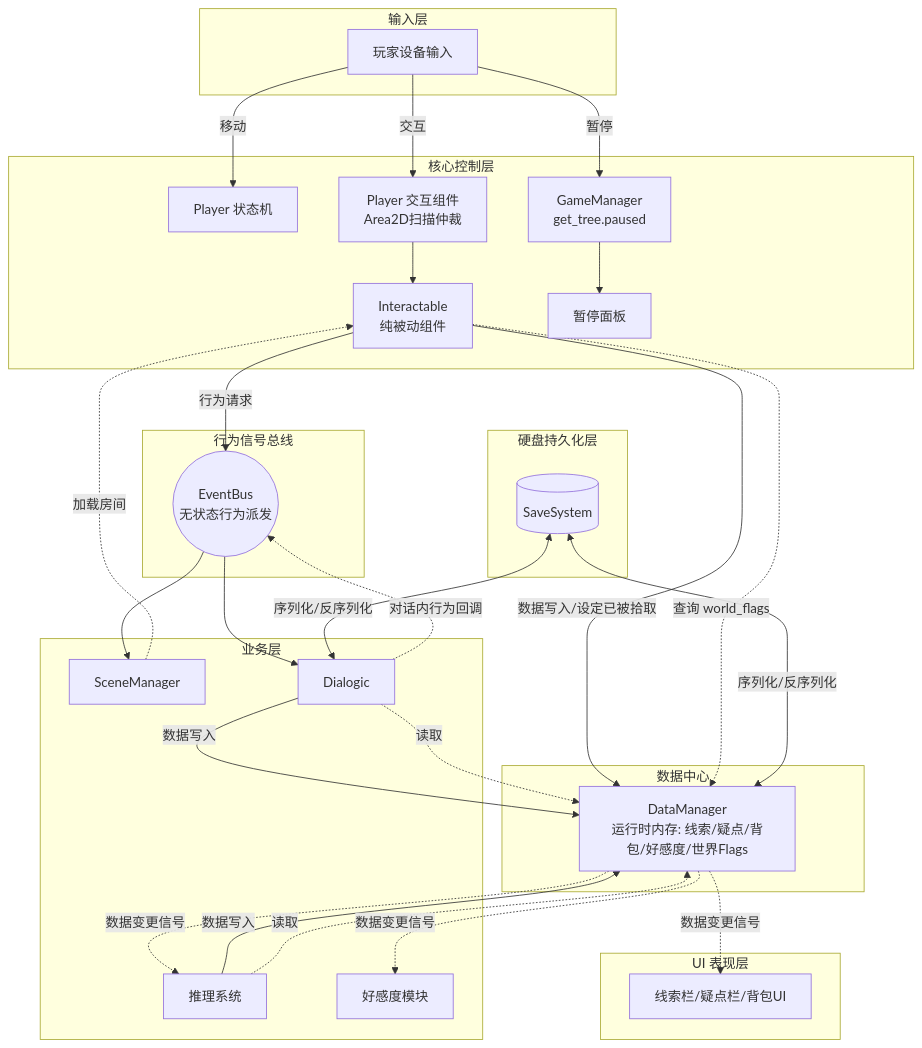
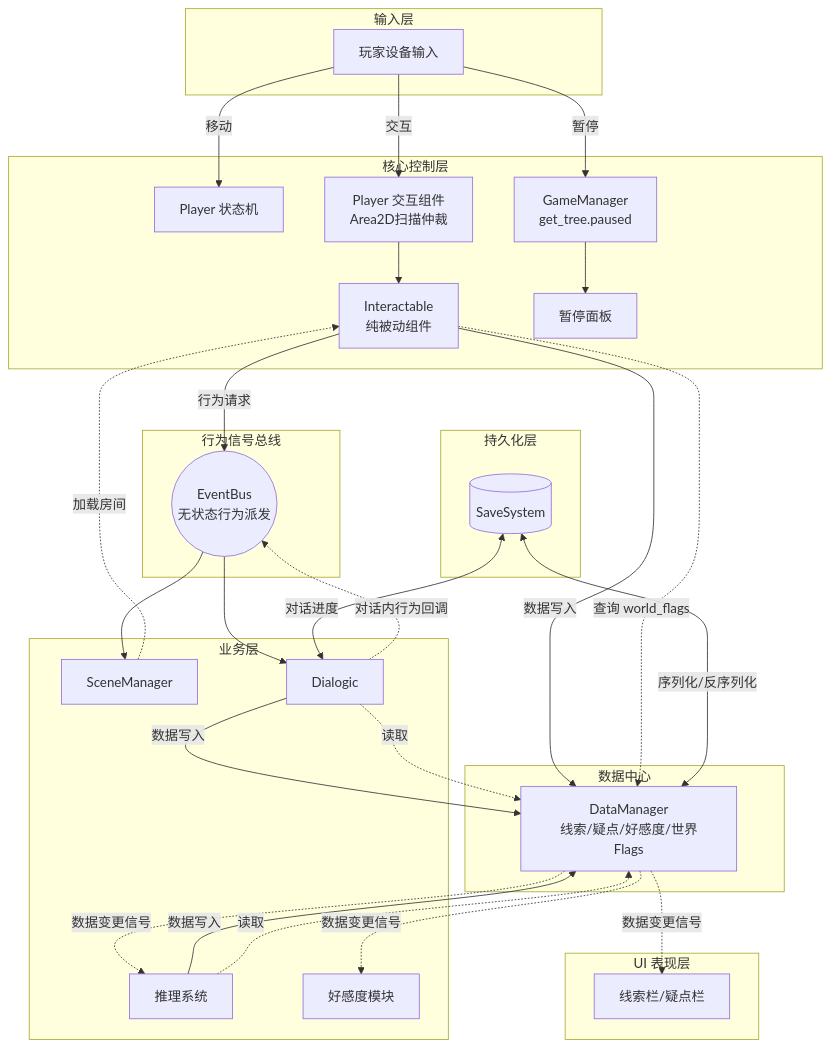
The diagram in 开发文档.md (ritmo4330/Abismo), drawn with Mermaid before and after one commit. The commit also changed other lines of this file, not shown here.

````diff
--- a/开发文档.md
+++ b/开发文档.md
@@ -47,65 +116,65 @@
 ```mermaid
 flowchart TD
     subgraph Input [输入层]
         A[玩家设备输入]
     end
 
     subgraph Core [核心控制层]
         A -->|移动| SM[Player 状态机]
         A -->|暂停| GM[GameManager<br>get_tree.paused]
         A -->|交互| P_INT[Player 交互组件<br>Area2D扫描仲裁]
         P_INT --> INT[Interactable<br>纯被动组件]
         GM --> PauseUI[暂停面板]
     end
 
     subgraph Data [数据中心]
-        DM[DataManager<br>运行时内存: 线索/疑点/背包/好感度/世界Flags]
+        DM[DataManager<br>线索/疑点/好感度/世界Flags]
     end
 
     subgraph Logic [业务层]
         G[SceneManager]
         H[Dialogic]
         F[推理系统]
         K[好感度模块]
     end
 
     subgraph Signal [行为信号总线]
         C((EventBus<br>无状态行为派发))
     end
 
     subgraph UI [UI 表现层]
-        UIS[线索栏/疑点栏/背包UI]
+        UIS[线索栏/疑点栏]
     end
 
-    subgraph Persist [硬盘持久化层]
+    subgraph Persist [持久化层]
         I[(SaveSystem)]
     end
 
     %% 行为请求（走 EventBus）
     INT -->|行为请求| C
     C --> G
     C --> H
     H -.->|对话内行为回调| C
 
     %% 数据写入（直接调用单例）
-    INT -->|数据写入/设定已被拾取| DM
+    INT -->|数据写入| DM
     H -->|数据写入| DM
     F -->|数据写入| DM
 
     %% 数据变更通知（DataManager 自身信号）
     DM -.->|数据变更信号| UIS
     DM -.->|数据变更信号| F
     DM -.->|数据变更信号| K
 
     %% 业务层读取数据
     F -.->|读取| DM
     H -.->|读取| DM
 
     %% 场景重载时 Interactable 查询 world_flags
     G -.->|加载房间| INT
     INT -.->|查询 world_flags| DM
 
-    %% 持久化 (极低频，仅存档读档触发)
+    %% 持久化
     I <-->|序列化/反序列化| DM
-    I <-->|序列化/反序列化| H
+    I <-->|对话进度| H
 ```
````
